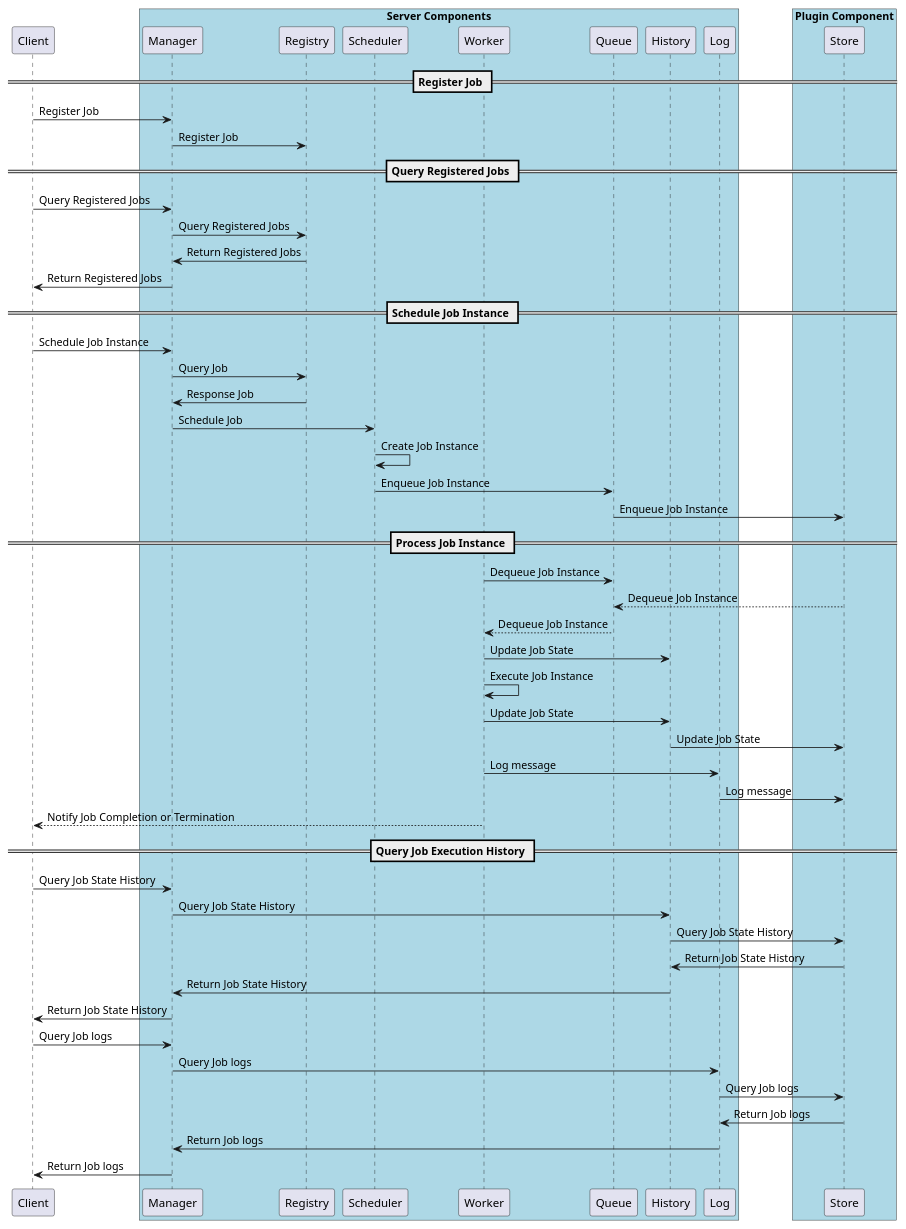
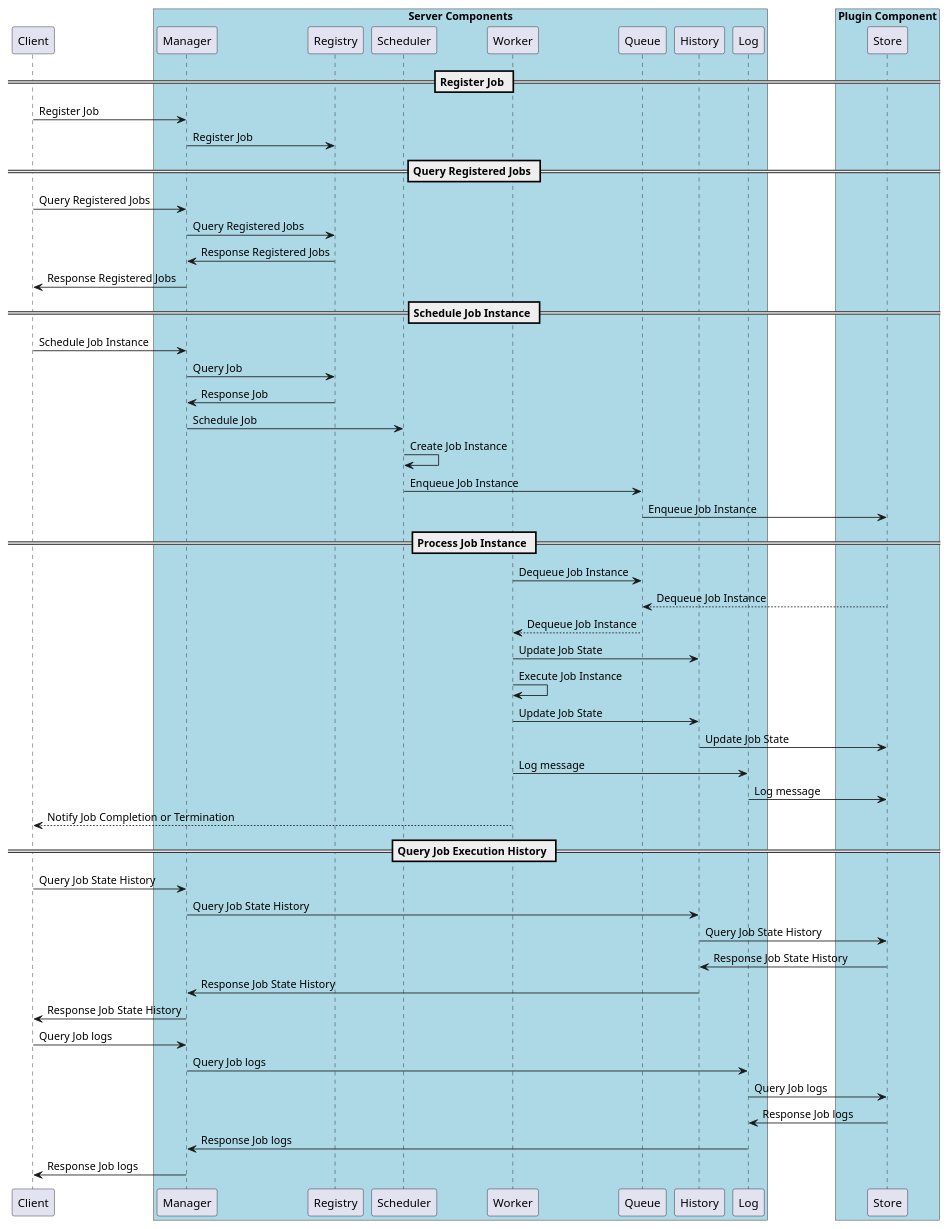
The diagram in doc/img/job-seqdgm.pu (cybergarage/go-job), drawn with PlantUML before and after one commit. The commit also changed 1 other file, not shown here.

```diff
--- a/doc/img/job-seqdgm.pu
+++ b/doc/img/job-seqdgm.pu
@@ -1,70 +1,70 @@
 @startuml
 
 participant Client
 
 box "Server Components" #LightBlue
     participant Manager
     participant Registry
     participant Scheduler
     participant Worker
     participant Queue
     participant History
     participant Log
 end box
 
 box "Plugin Component" #LightBlue
     participant Store
 end box
 
 == Register Job ==
 
 Client -> Manager : Register Job
 Manager -> Registry : Register Job
 
 == Query Registered Jobs ==
 
 Client -> Manager : Query Registered Jobs
 Manager -> Registry : Query Registered Jobs
-Registry -> Manager : Return Registered Jobs
-Manager -> Client : Return Registered Jobs
+Registry -> Manager : Response Registered Jobs
+Manager -> Client : Response Registered Jobs
 
 == Schedule Job Instance ==
 
 Client -> Manager : Schedule Job Instance
 Manager -> Registry : Query Job
 Registry -> Manager : Response Job
 Manager -> Scheduler : Schedule Job
 Scheduler -> Scheduler : Create Job Instance
 Scheduler -> Queue : Enqueue Job Instance
 Queue -> Store : Enqueue Job Instance
 
 == Process Job Instance ==
 
 Worker -> Queue : Dequeue Job Instance
 Store --> Queue : Dequeue Job Instance
 Queue --> Worker : Dequeue Job Instance
 Worker -> History : Update Job State
 Worker -> Worker : Execute Job Instance
 Worker -> History : Update Job State
 History -> Store : Update Job State
 Worker -> Log : Log message
 Log -> Store : Log message
 Worker --> Client : Notify Job Completion or Termination
 
 == Query Job Execution History ==
 
 Client -> Manager : Query Job State History
 Manager -> History : Query Job State History
 History -> Store : Query Job State History
-Store -> History : Return Job State History
-History -> Manager : Return Job State History
-Manager -> Client : Return Job State History
+Store -> History : Response Job State History
+History -> Manager : Response Job State History
+Manager -> Client : Response Job State History
 
 Client -> Manager : Query Job logs
 Manager -> Log : Query Job logs
 Log -> Store : Query Job logs
-Store -> Log : Return Job logs
-Log -> Manager : Return Job logs
-Manager -> Client : Return Job logs
+Store -> Log : Response Job logs
+Log -> Manager : Response Job logs
+Manager -> Client : Response Job logs
 
 @enduml
```
